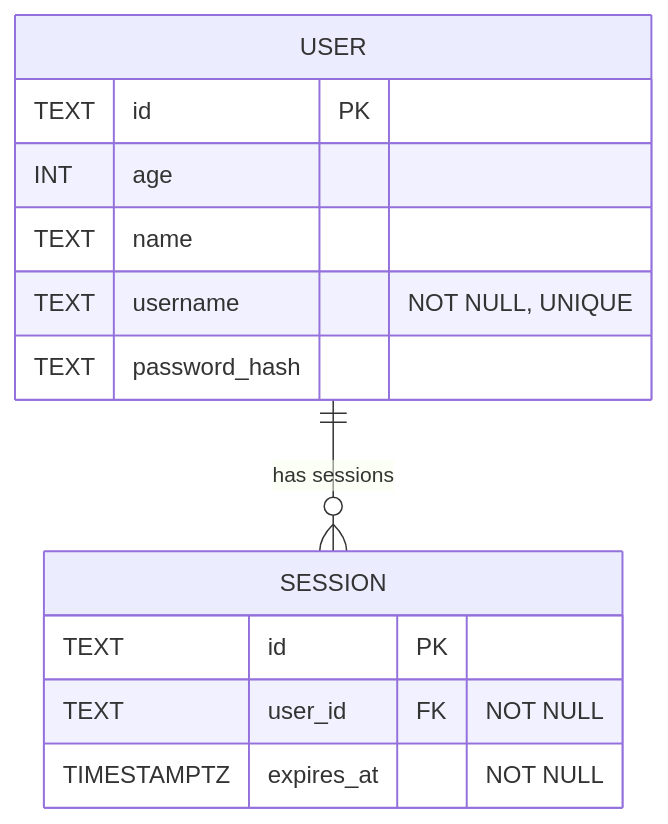
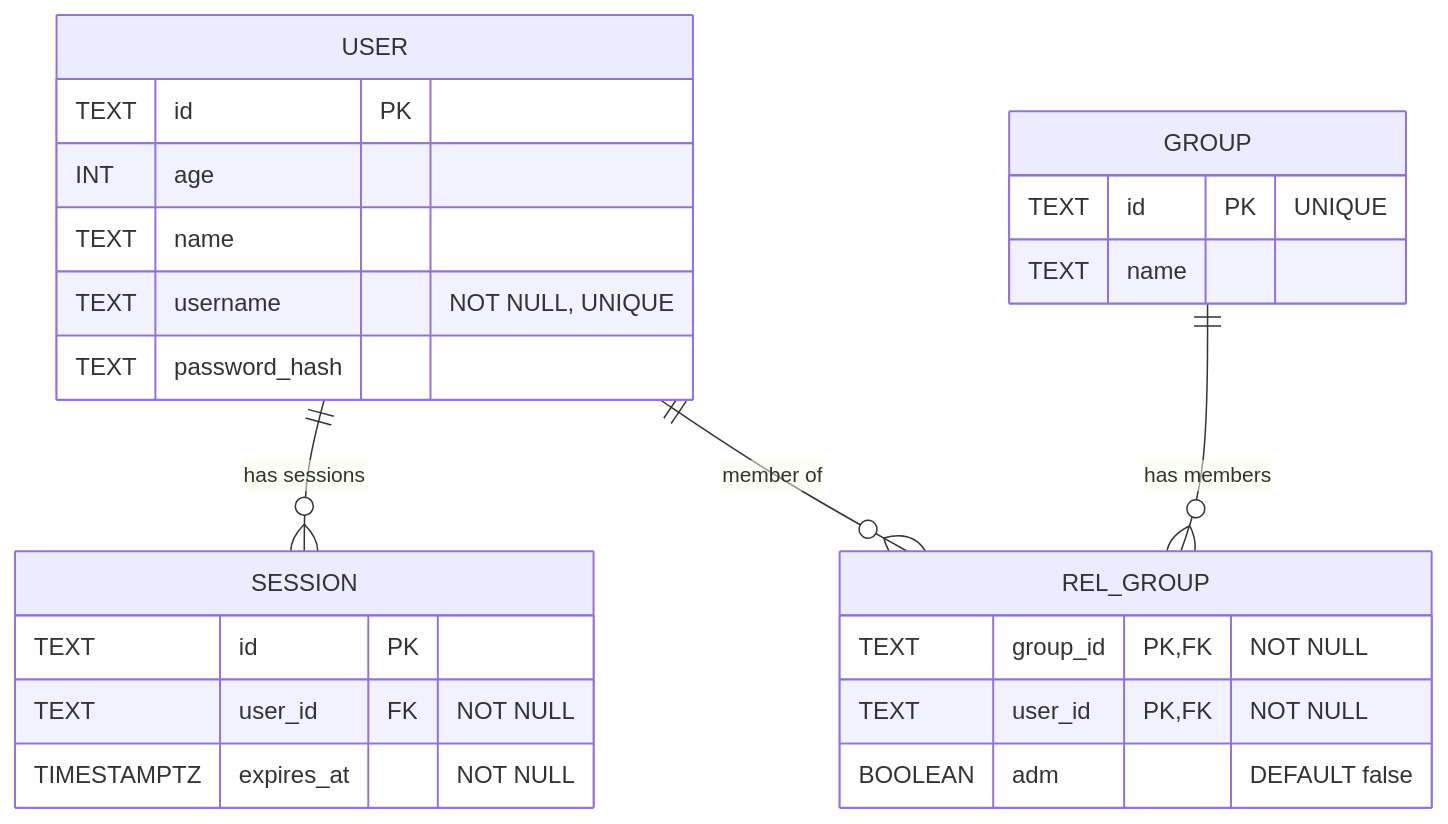
One commit to frkr/tesseract-ui changed the diagram in src/lib/db/schema.md. Above: the diagram before and after it, drawn with Mermaid. The commit also changed other lines of this file and 10 other files, not shown here.

````diff
--- a/src/lib/db/schema.md
+++ b/src/lib/db/schema.md
@@ -5,18 +5,31 @@
 ```mermaid
 erDiagram
     USER {
         TEXT id PK
         INT age
         TEXT name
         TEXT username "NOT NULL, UNIQUE"
         TEXT password_hash
     }
 
     SESSION {
         TEXT id PK
         TEXT user_id FK "NOT NULL"
         TIMESTAMPTZ expires_at "NOT NULL"
     }
 
+    GROUP {
+        TEXT id PK "UNIQUE"
+        TEXT name
+    }
+
+    REL_GROUP {
+        TEXT group_id PK,FK "NOT NULL"
+        TEXT user_id PK,FK "NOT NULL"
+        BOOLEAN adm "DEFAULT false"
+    }
+
     USER ||--o{ SESSION : "has sessions"
+    USER ||--o{ REL_GROUP : "member of"
+    GROUP ||--o{ REL_GROUP : "has members"
 ```
````
